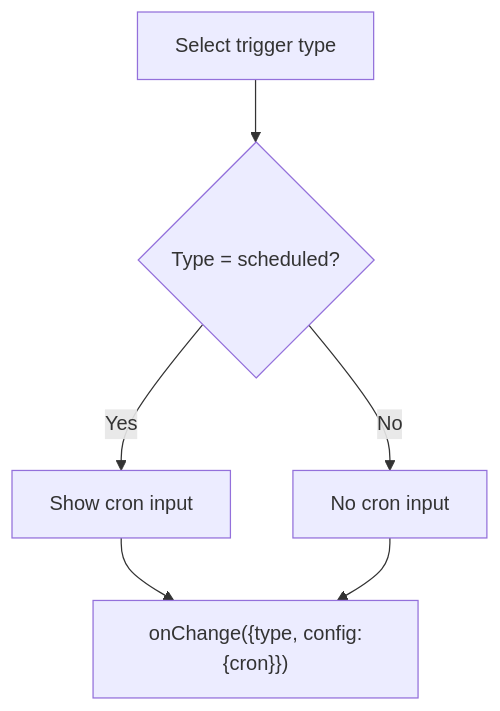
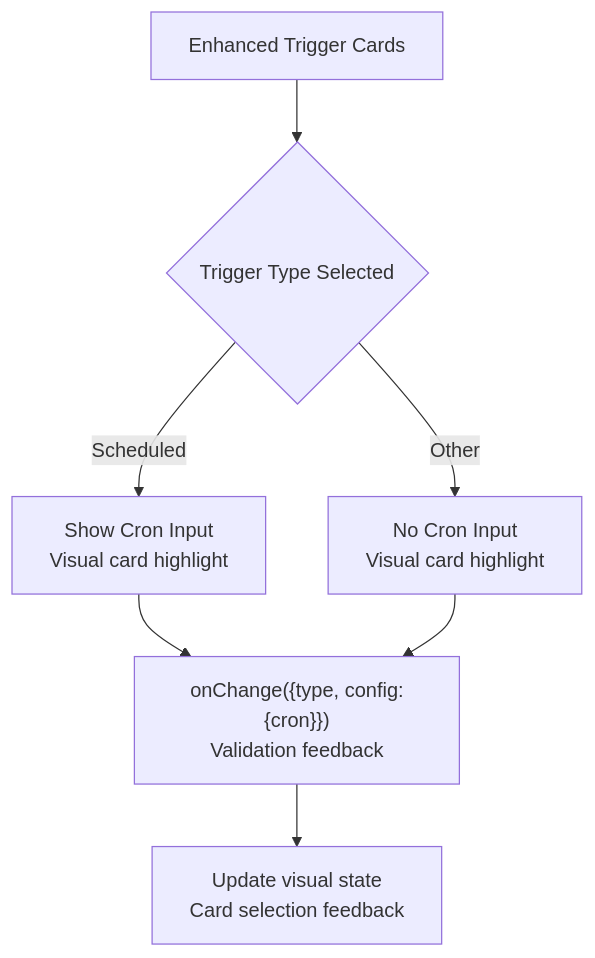
One commit to gastaldellomarco/pcReady changed the fourth of 10 diagrams in .qoder/repowiki/en/content/Automation System/Automation Flow Builder.md. Above: the diagram before and after it, drawn with Mermaid. The commit also changed other lines of this file and 19 other files, not shown here.

First line of the commit message:
feat(automation): enhance Automation Flow Builder with dual-mode design and advanced UI

````diff
--- a/.qoder/repowiki/en/content/Automation System/Automation Flow Builder.md
+++ b/.qoder/repowiki/en/content/Automation System/Automation Flow Builder.md
@@ -200,8 +247,9 @@
 ```mermaid
 flowchart TD
-UI["Select trigger type"] --> Type{"Type = scheduled?"}
-Type --> |Yes| Cron["Show cron input"]
-Type --> |No| NoCron["No cron input"]
-Cron --> Parent["onChange({type, config:{cron}})"]
+UI["Enhanced Trigger Cards"] --> Type{"Trigger Type Selected"}
+Type --> |Scheduled| Cron["Show Cron Input<br/>Visual card highlight"]
+Type --> |Other| NoCron["No Cron Input<br/>Visual card highlight"]
+Cron --> Parent["onChange({type, config:{cron}})<br/>Validation feedback"]
 NoCron --> Parent
+Parent --> Visual["Update visual state<br/>Card selection feedback"]
 ```
````
